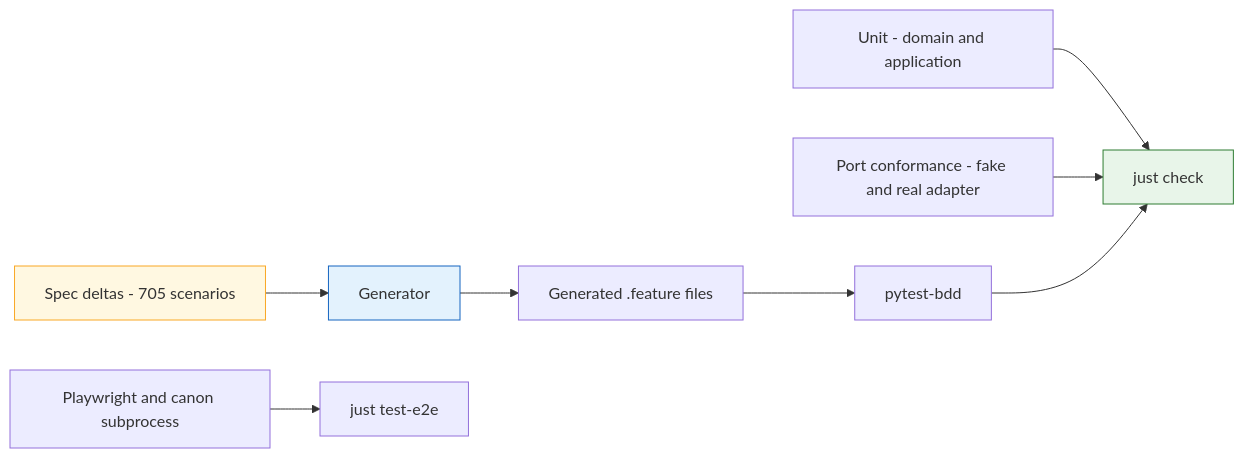
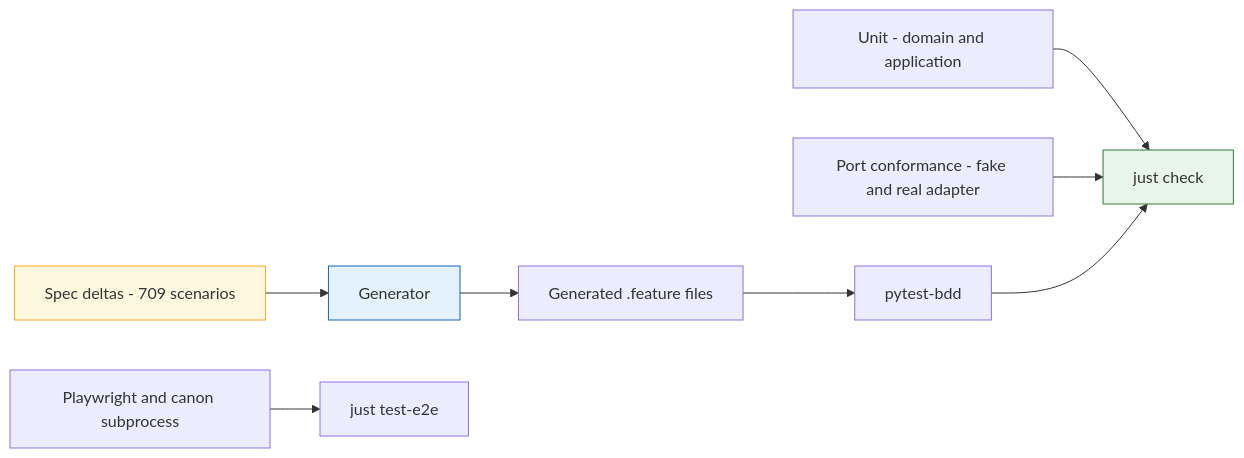
The ninth of 9 diagrams in README.md (CyberdyneCorp/CyberCannon), drawn with Mermaid before and after one commit. The commit also changed other lines of this file and 14 other files, not shown here.

````diff
--- a/README.md
+++ b/README.md
@@ -832,14 +832,14 @@
 ```mermaid
 graph LR
-    SPECS["Spec deltas - 705 scenarios"] --> GEN["Generator"]
+    SPECS["Spec deltas - 709 scenarios"] --> GEN["Generator"]
     GEN --> FEAT["Generated .feature files"]
     FEAT --> BDD["pytest-bdd"]
     UNIT["Unit - domain and application"] --> CHECK["just check"]
     CONF["Port conformance - fake and real adapter"] --> CHECK
     BDD --> CHECK
     E2E["Playwright and canon subprocess"] --> SEP["just test-e2e"]
 
     style SPECS fill:#FFF8E1,stroke:#F9A825
     style GEN fill:#E3F2FD,stroke:#1565C0
     style CHECK fill:#E8F5E9,stroke:#2E7D32
 ```
````
